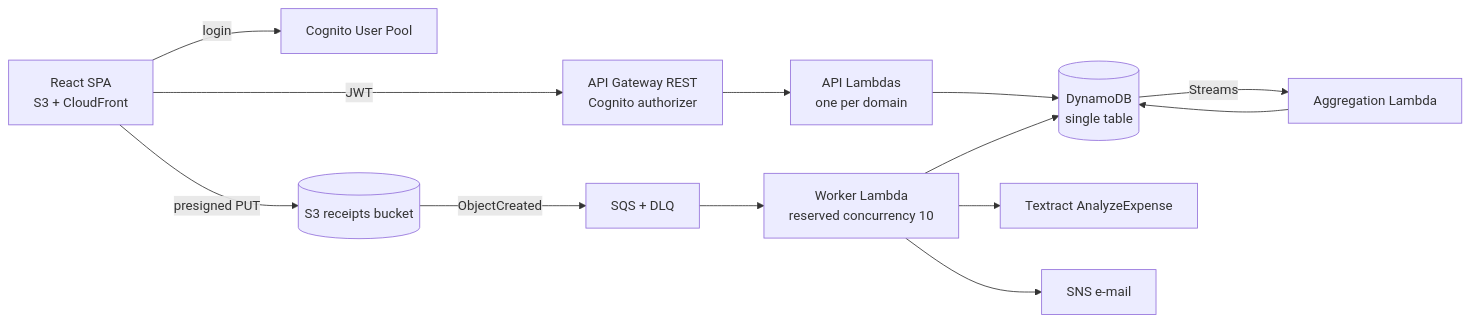
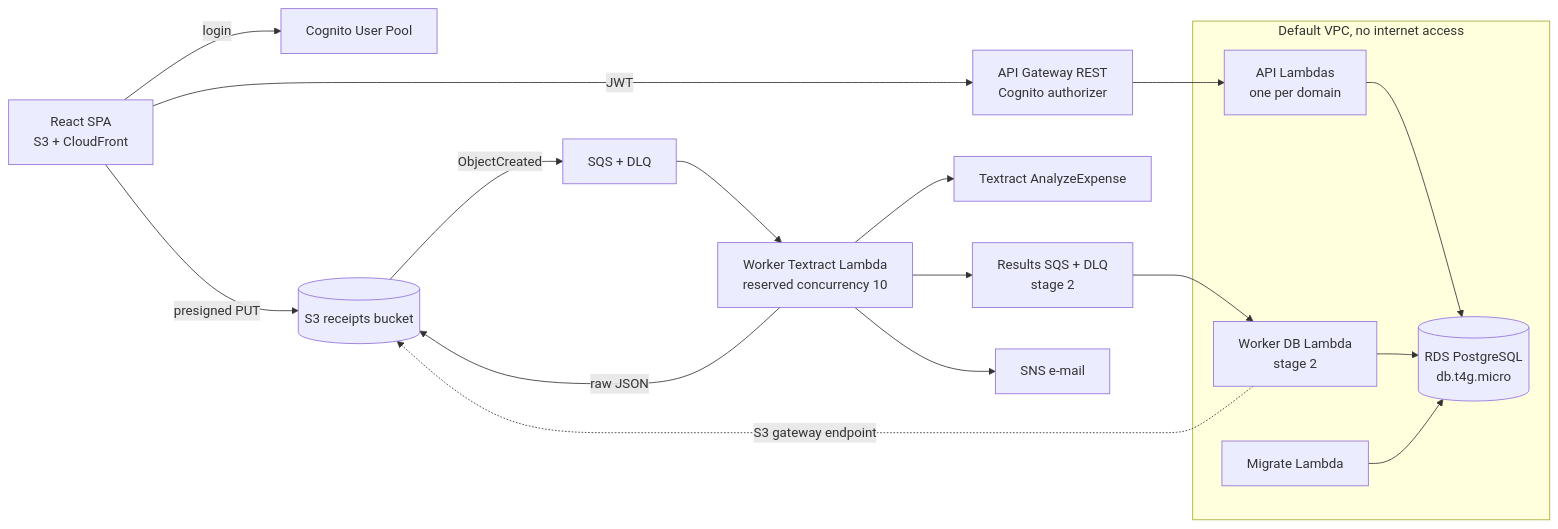
The diagram in docs/architecture.md (timonrieger/bonbon), drawn with Mermaid before and after one commit. The commit also changed other lines of this file and 26 other files, not shown here.

Commit message:
feat: move households to PostgreSQL on RDS (stage 1) (#6)

````diff
--- a/docs/architecture.md
+++ b/docs/architecture.md
@@ -7,15 +7,24 @@
 ```mermaid
 flowchart LR
   web[React SPA<br/>S3 + CloudFront] -->|JWT| api[API Gateway REST<br/>Cognito authorizer]
   web -->|login| cognito[Cognito User Pool]
-  api --> fns[API Lambdas<br/>one per domain]
-  fns --> ddb[(DynamoDB<br/>single table)]
   web -->|presigned PUT| s3[(S3 receipts bucket)]
   s3 -->|ObjectCreated| sqs[SQS + DLQ]
-  sqs --> worker[Worker Lambda<br/>reserved concurrency 10]
+  subgraph vpc[Default VPC, no internet access]
+    fns[API Lambdas<br/>one per domain]
+    dbworker[Worker DB Lambda<br/>stage 2]
+    migrate[Migrate Lambda]
+    rds[(RDS PostgreSQL<br/>db.t4g.micro)]
+    fns --> rds
+    dbworker --> rds
+    migrate --> rds
+  end
+  api --> fns
+  sqs --> worker[Worker Textract Lambda<br/>reserved concurrency 10]
   worker --> textract[Textract AnalyzeExpense]
-  worker --> ddb
+  worker -->|raw JSON| s3
+  worker --> results[Results SQS + DLQ<br/>stage 2]
+  results --> dbworker
+  dbworker -.->|S3 gateway endpoint| s3
   worker --> sns[SNS e-mail]
-  ddb -->|Streams| agg[Aggregation Lambda]
-  agg --> ddb
 ```
````
